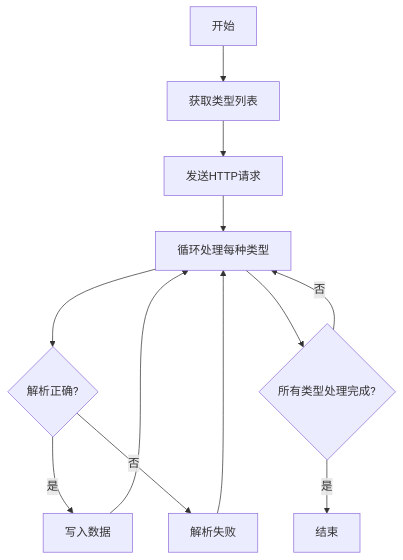
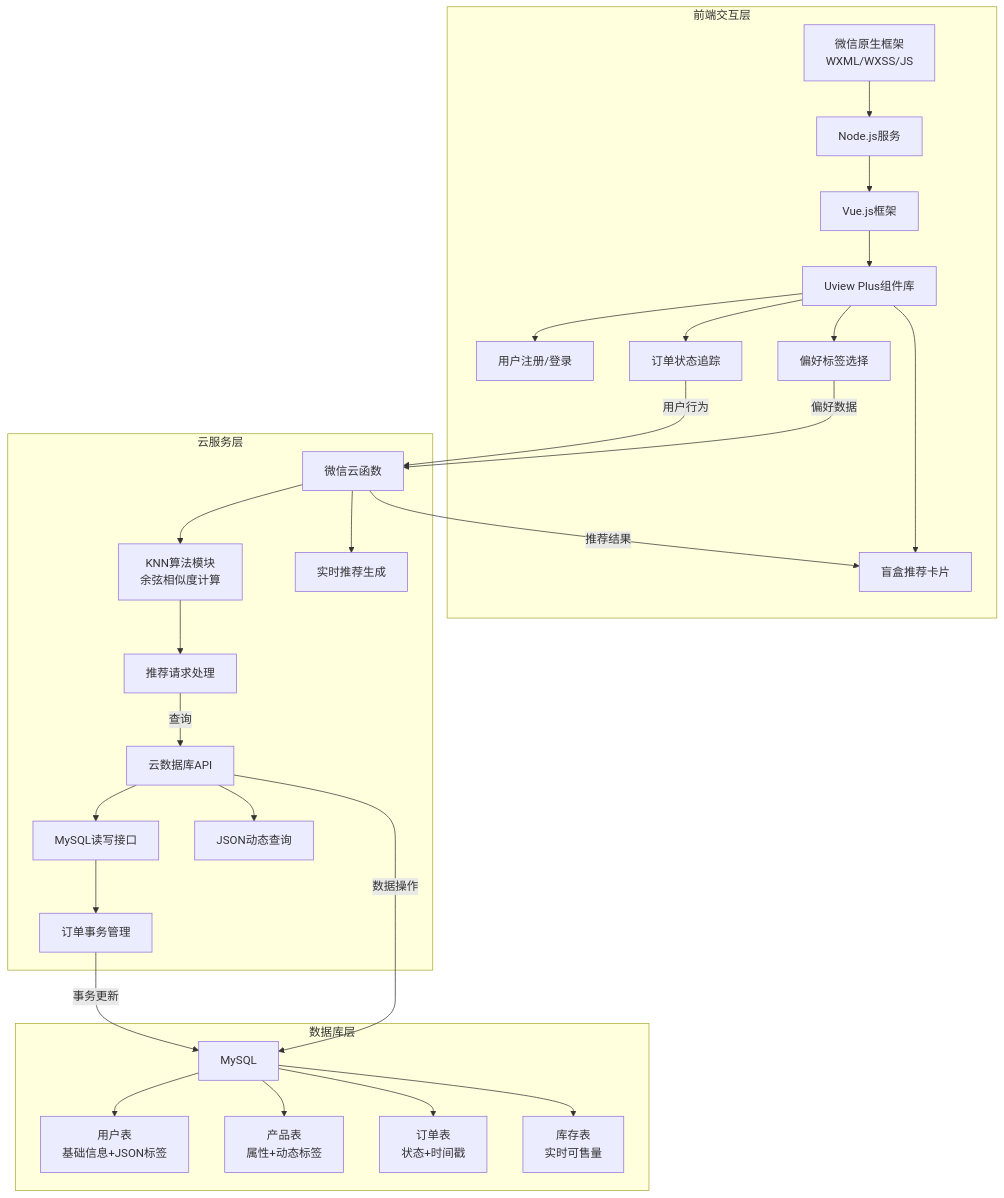
The diagram in all/未命名-1.md (1215587043/iodraw-files), drawn with Mermaid before and after one commit.

Commit message:
2025-04-11 15:32:31 update

````diff
--- a/all/未命名-1.md
+++ b/all/未命名-1.md
@@ -1,14 +1,36 @@
 ```mermaid
 flowchart TD
-    A[开始] --> B[获取类型列表]
-    B --> C[发送HTTP请求]
-    C --> D[循环处理每种类型]
-    D --> E{解析正确?}
-    E -->|是| F[写入数据]
-    E -->|否| G[解析失败]
-    F --> D
-    G --> D
-    D --> H{所有类型处理完成?}
-    H -->|否| D
-    H -->|是| I[结束]
+    subgraph 前端交互层
+        A[微信原生框架\nWXML/WXSS/JS] --> B[Node.js服务]
+        B --> C[Vue.js框架]
+        C --> D[Uview Plus组件库]
+        D --> E[用户注册/登录]
+        D --> F[偏好标签选择]
+        D --> G[盲盒推荐卡片]
+        D --> H[订单状态追踪]
+    end
+
+    subgraph 云服务层
+        I[微信云函数] --> J[KNN算法模块\n余弦相似度计算]
+        I --> K[实时推荐生成]
+        L[云数据库API] --> M[MySQL读写接口]
+        L --> N[JSON动态查询]
+        J --> O[推荐请求处理]
+        M --> P[订单事务管理]
+    end
+
+    subgraph 数据库层
+        Q[MySQL] --> R[用户表\n基础信息+JSON标签]
+        Q --> S[产品表\n属性+动态标签]
+        Q --> T[订单表\n状态+时间戳]
+        Q --> U[库存表\n实时可售量]
+    end
+
+    %% 数据流向
+    H -->|用户行为| I
+    F -->|偏好数据| I
+    I -->|推荐结果| G
+    O -->|查询| L
+    P -->|事务更新| Q
+    L -->|数据操作| Q
 ```
````
